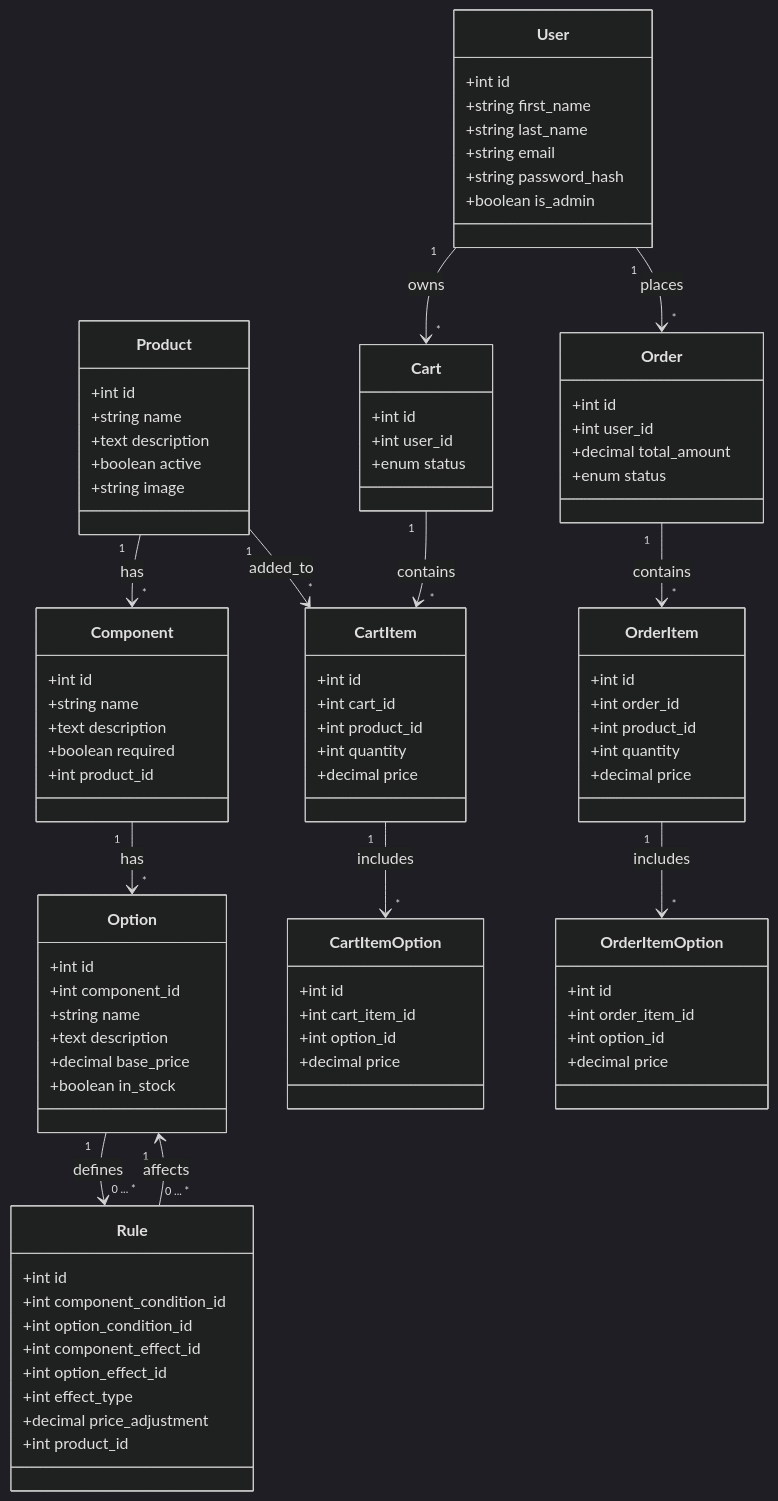
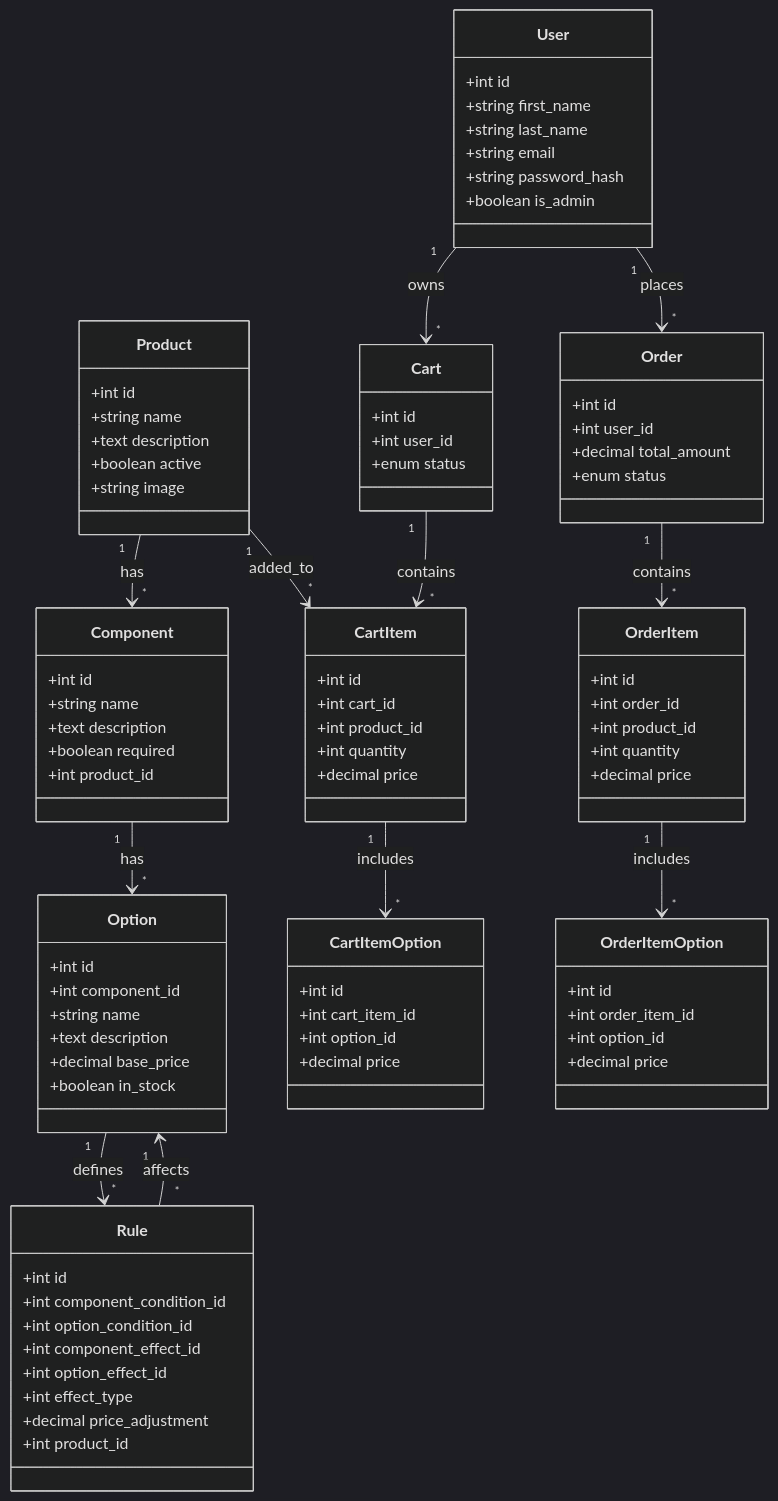
One commit to phernama21/bicycle-shop changed the diagram in README.md. Above: the diagram before and after it, drawn with Mermaid (dark theme). The commit also changed 6 other files, not shown here.

```diff
--- a/README.md
+++ b/README.md
@@ -120,8 +120,8 @@
 
     Product "1" --> "*" Component : has
     Component "1" --> "*" Option : has
-    Rule "0 ... *" --> "1" Option : affects
-    Option "1" --> "0 ... *" Rule : defines
+    Rule "*" --> "1" Option : affects
+    Option "1" --> "*" Rule : defines
     User "1" --> "*" Cart : owns
     Cart "1" --> "*" CartItem : contains
     CartItem "1" --> "*" CartItemOption : includes
```
